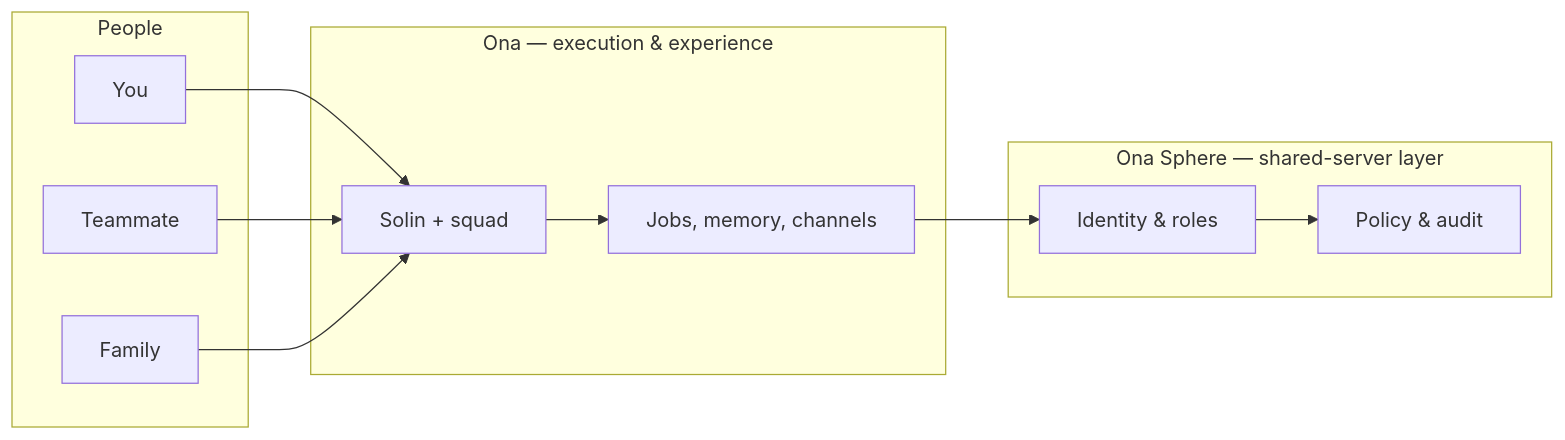
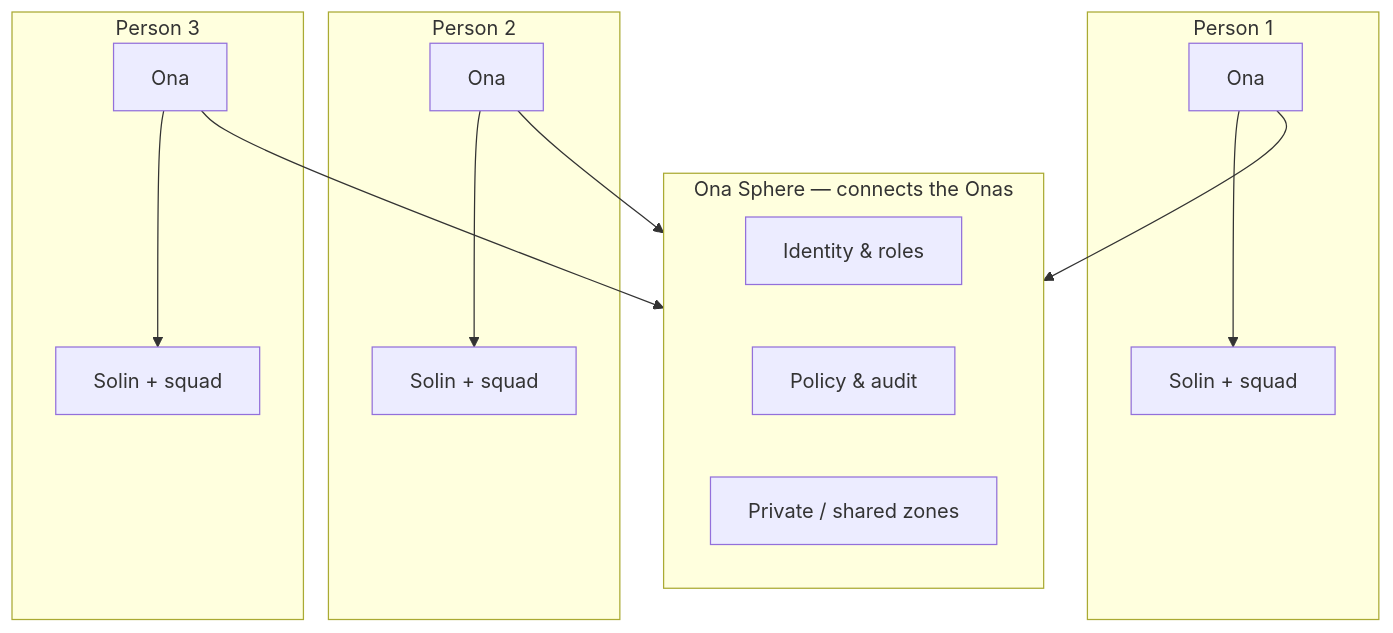
The first of 2 diagrams in WHAT_IS_ONA_AND_SPHERE.md (zerwiz/onapublic), drawn with Mermaid before and after one commit. The commit also changed other lines of this file and 3 other files, not shown here.

First line of the commit message:
docs: tech stack doc with Mermaid diagrams; big picture and Sphere wording

````diff
--- a/WHAT_IS_ONA_AND_SPHERE.md
+++ b/WHAT_IS_ONA_AND_SPHERE.md
@@ -24,22 +24,26 @@
 ```mermaid
-flowchart LR
-  subgraph users["People"]
-    U1[You]
-    U2[Teammate]
-    U3[Family]
+flowchart TB
+  subgraph user1["Person 1"]
+    O1[Ona]
+    S1[Solin + squad]
   end
-  subgraph ona["Ona — execution & experience"]
-    Solin[Solin + squad]
-    Jobs[Jobs, memory, channels]
+  subgraph user2["Person 2"]
+    O2[Ona]
+    S2[Solin + squad]
   end
-  subgraph sphere["Ona Sphere — shared-server layer"]
+  subgraph user3["Person 3"]
+    O3[Ona]
+    S3[Solin + squad]
+  end
+  subgraph sphere["Ona Sphere — connects the Onas"]
     Identity[Identity & roles]
     Policy[Policy & audit]
+    Zones[Private / shared zones]
   end
-  U1 --> Solin
-  U2 --> Solin
-  U3 --> Solin
-  Solin --> Jobs
-  Jobs --> Identity
-  Identity --> Policy
+  O1 --> S1
+  O2 --> S2
+  O3 --> S3
+  O1 --> sphere
+  O2 --> sphere
+  O3 --> sphere
 ```
````
